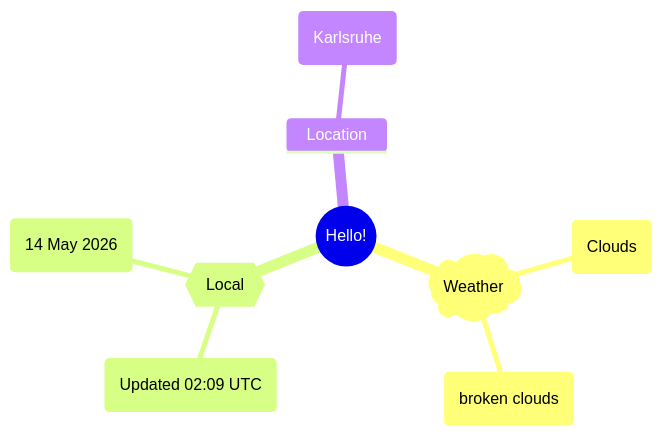
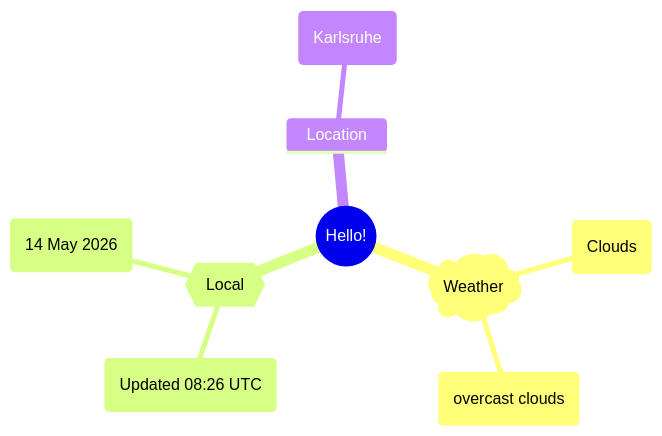
Before and after one commit to Xosrov/Xosrov: the first of 2 diagrams in README.md, drawn with Mermaid.

Commit message:
[bot] updated images

````diff
--- a/README.md
+++ b/README.md
@@ -3,12 +3,12 @@
 ```mermaid
 mindmap
   root((Hello!))
     )Weather(
         (Clouds)
-        (broken clouds)
+        (overcast clouds)
     {{Local}}
-        (Updated 02:09 UTC)
+        (Updated 08:26 UTC)
         (14 May 2026)
     Location
         (Karlsruhe)
 ```
````
